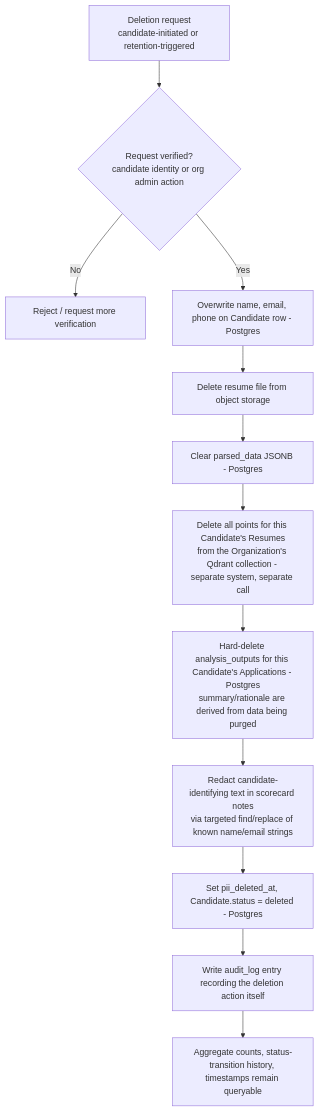
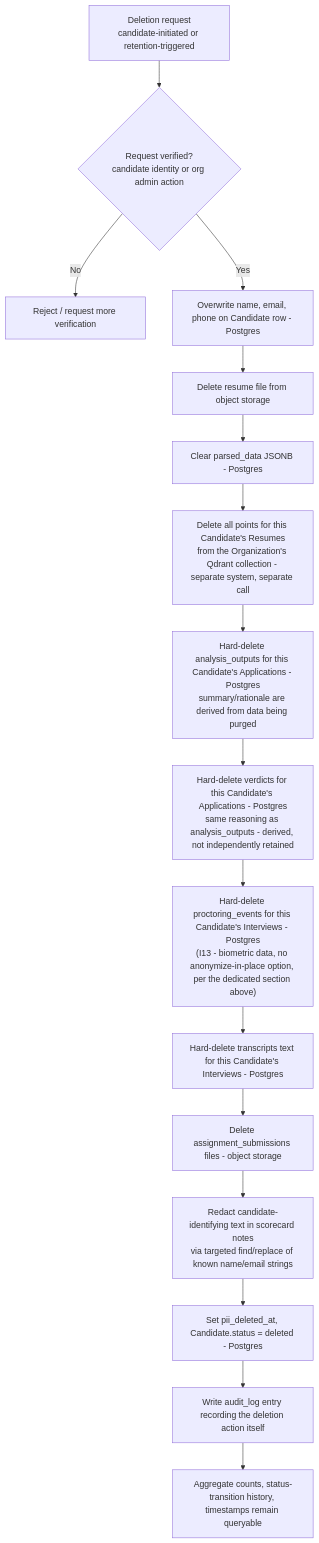
Before and after one commit to theharshchandrakar/virtual_hire: the diagram in docs/08-privacy-and-compliance.md, drawn with Mermaid. The commit also changed other lines of this file and 15 other files, not shown here.

First line of the commit message:
Docs pivot: Resume Analyzer, Interview Live Proctoring, Transcript/Assignment Reviewer (#5)

````diff
--- a/docs/08-privacy-and-compliance.md
+++ b/docs/08-privacy-and-compliance.md
@@ -55,14 +90,18 @@
 ```mermaid
 flowchart TD
     Request[Deletion request\ncandidate-initiated or retention-triggered] --> Verify{Request verified?\ncandidate identity or org admin action}
     Verify -->|No| Reject[Reject / request more verification]
     Verify -->|Yes| Anonymize[Overwrite name, email, phone on Candidate row - Postgres]
     Anonymize --> ResumeFile[Delete resume file from object storage]
     ResumeFile --> ParsedData[Clear parsed_data JSONB - Postgres]
     ParsedData --> QdrantDelete[Delete all points for this Candidate's Resumes\nfrom the Organization's Qdrant collection - separate system, separate call]
     QdrantDelete --> Analysis[Hard-delete analysis_outputs for this Candidate's Applications - Postgres\nsummary/rationale are derived from data being purged]
-    Analysis --> ScorecardText[Redact candidate-identifying text in scorecard notes\nvia targeted find/replace of known name/email strings]
+    Analysis --> Verdicts[Hard-delete verdicts for this Candidate's Applications - Postgres\nsame reasoning as analysis_outputs - derived, not independently retained]
+    Verdicts --> ProctoringPurge["Hard-delete proctoring_events for this Candidate's Interviews - Postgres\n(I13 - biometric data, no anonymize-in-place option, per the dedicated section above)"]
+    ProctoringPurge --> TranscriptPurge[Hard-delete transcripts text for this Candidate's Interviews - Postgres]
+    TranscriptPurge --> AssignmentPurge[Delete assignment_submissions files - object storage]
+    AssignmentPurge --> ScorecardText[Redact candidate-identifying text in scorecard notes\nvia targeted find/replace of known name/email strings]
     ScorecardText --> Timestamp[Set pii_deleted_at, Candidate.status = deleted - Postgres]
     Timestamp --> AuditEntry[Write audit_log entry recording the deletion action itself]
     AuditEntry --> Done[Aggregate counts, status-transition history, timestamps remain queryable]
 ```
````
